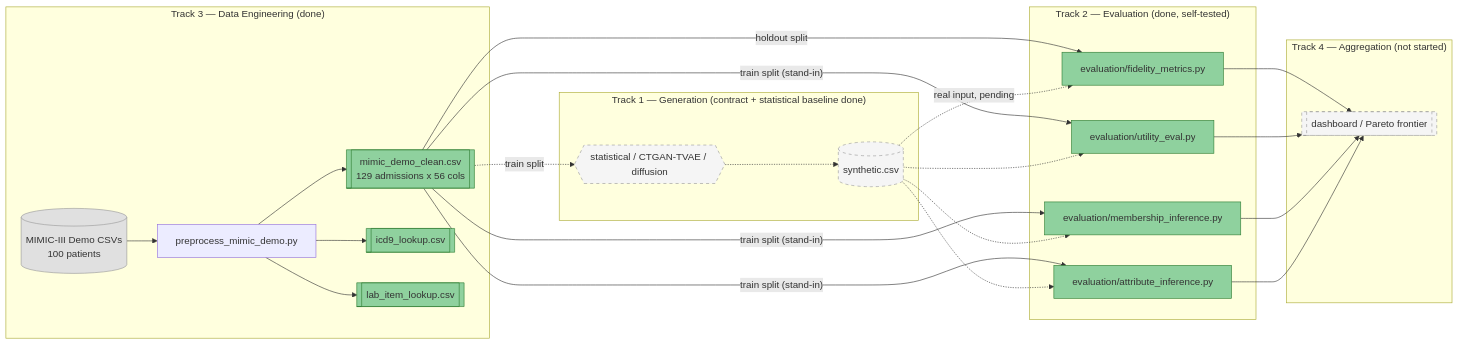
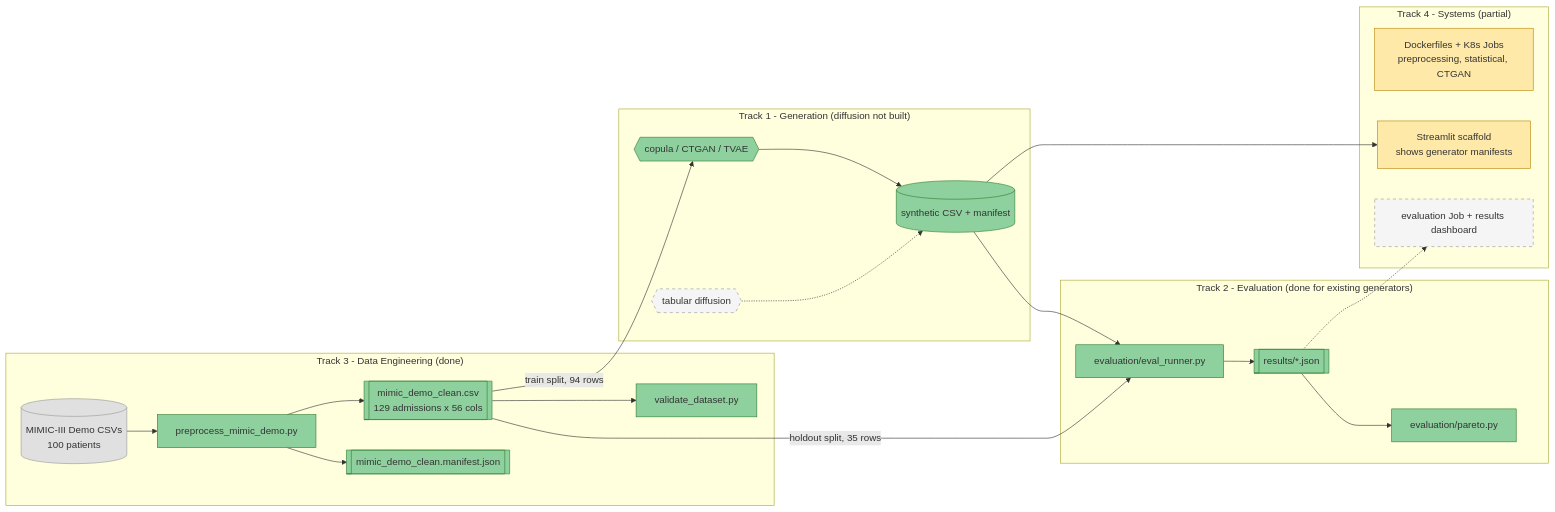
One commit to Ganglet/Doppel changed the diagram in README.md. Above: the diagram before and after it, drawn with Mermaid. The commit also changed other lines of this file, not shown here.

````diff
--- a/README.md
+++ b/README.md
@@ -23,44 +23,46 @@
 ```mermaid
 flowchart LR
-    subgraph T3["Track 3 — Data Engineering (done)"]
-        RAW[("MIMIC-III Demo CSVs\n100 patients")] --> PREP["preprocess_mimic_demo.py"]
-        PREP --> CLEAN[["mimic_demo_clean.csv\n129 admissions x 56 cols"]]
-        PREP --> ICD[["icd9_lookup.csv"]]
-        PREP --> LAB[["lab_item_lookup.csv"]]
+    subgraph T3["Track 3 - Data Engineering (done)"]
+        RAW[("MIMIC-III Demo CSVs<br/>100 patients")] --> PREP["preprocess_mimic_demo.py"]
+        PREP --> CLEAN[["mimic_demo_clean.csv<br/>129 admissions x 56 cols"]]
+        PREP --> MAN[["mimic_demo_clean.manifest.json"]]
+        CLEAN --> VAL["validate_dataset.py"]
     end
 
-    subgraph T1["Track 1 — Generation (contract + statistical baseline done)"]
-        CLEAN -. train split .-> GEN{{"statistical / CTGAN-TVAE / diffusion"}}
-        GEN -.-> SYN[("synthetic.csv")]
+    subgraph T1["Track 1 - Generation (diffusion not built)"]
+        CLEAN -- "train split, 94 rows" --> GEN{{"copula / CTGAN / TVAE"}}
+        GEN --> SYN[("synthetic CSV + manifest")]
+        DIFF{{"tabular diffusion"}} -.-> SYN
     end
 
-    subgraph T2["Track 2 — Evaluation (done, self-tested)"]
-        CLEAN -- holdout split --> FID["evaluation/fidelity_metrics.py"]
-        CLEAN -- "train split (stand-in)" --> UTIL["evaluation/utility_eval.py"]
-        CLEAN -- "train split (stand-in)" --> MIA["evaluation/membership_inference.py"]
-        CLEAN -- "train split (stand-in)" --> ATTR["evaluation/attribute_inference.py"]
-        SYN -. "real input, pending" .-> FID
-        SYN -.-> UTIL
-        SYN -.-> MIA
-        SYN -.-> ATTR
+    subgraph T2["Track 2 - Evaluation (done for existing generators)"]
+        SYN --> EVAL["evaluation/eval_runner.py"]
+        CLEAN -- "holdout split, 35 rows" --> EVAL
+        EVAL --> RES[["results/*.json"]]
+        RES --> PARETO["evaluation/pareto.py"]
     end
 
-    subgraph T4["Track 4 — Aggregation (not started)"]
-        FID --> DASH[["dashboard / Pareto frontier"]]
-        UTIL --> DASH
-        MIA --> DASH
-        ATTR --> DASH
+    subgraph T4["Track 4 - Systems (partial)"]
+        IMG["Dockerfiles + K8s Jobs<br/>preprocessing, statistical, CTGAN"]
+        DASH["Streamlit scaffold<br/>shows generator manifests"]
+        EJOB["evaluation Job + results dashboard"]
     end
+
+    SYN --> DASH
+    RES -.-> EJOB
 
     style RAW fill:#e0e0e0,stroke:#999
     style CLEAN fill:#8fd19e,stroke:#2e7d32
-    style ICD fill:#8fd19e,stroke:#2e7d32
-    style LAB fill:#8fd19e,stroke:#2e7d32
-    style GEN fill:#f5f5f5,stroke:#999,stroke-dasharray: 5 5
-    style SYN fill:#f5f5f5,stroke:#999,stroke-dasharray: 5 5
-    style FID fill:#8fd19e,stroke:#2e7d32
-    style UTIL fill:#8fd19e,stroke:#2e7d32
-    style MIA fill:#8fd19e,stroke:#2e7d32
-    style ATTR fill:#8fd19e,stroke:#2e7d32
-    style DASH fill:#f5f5f5,stroke:#999,stroke-dasharray: 5 5
+    style MAN fill:#8fd19e,stroke:#2e7d32
+    style VAL fill:#8fd19e,stroke:#2e7d32
+    style PREP fill:#8fd19e,stroke:#2e7d32
+    style GEN fill:#8fd19e,stroke:#2e7d32
+    style SYN fill:#8fd19e,stroke:#2e7d32
+    style DIFF fill:#f5f5f5,stroke:#999,stroke-dasharray: 5 5
+    style EVAL fill:#8fd19e,stroke:#2e7d32
+    style RES fill:#8fd19e,stroke:#2e7d32
+    style PARETO fill:#8fd19e,stroke:#2e7d32
+    style IMG fill:#ffe9a8,stroke:#b8860b
+    style DASH fill:#ffe9a8,stroke:#b8860b
+    style EJOB fill:#f5f5f5,stroke:#999,stroke-dasharray: 5 5
 ```
````
